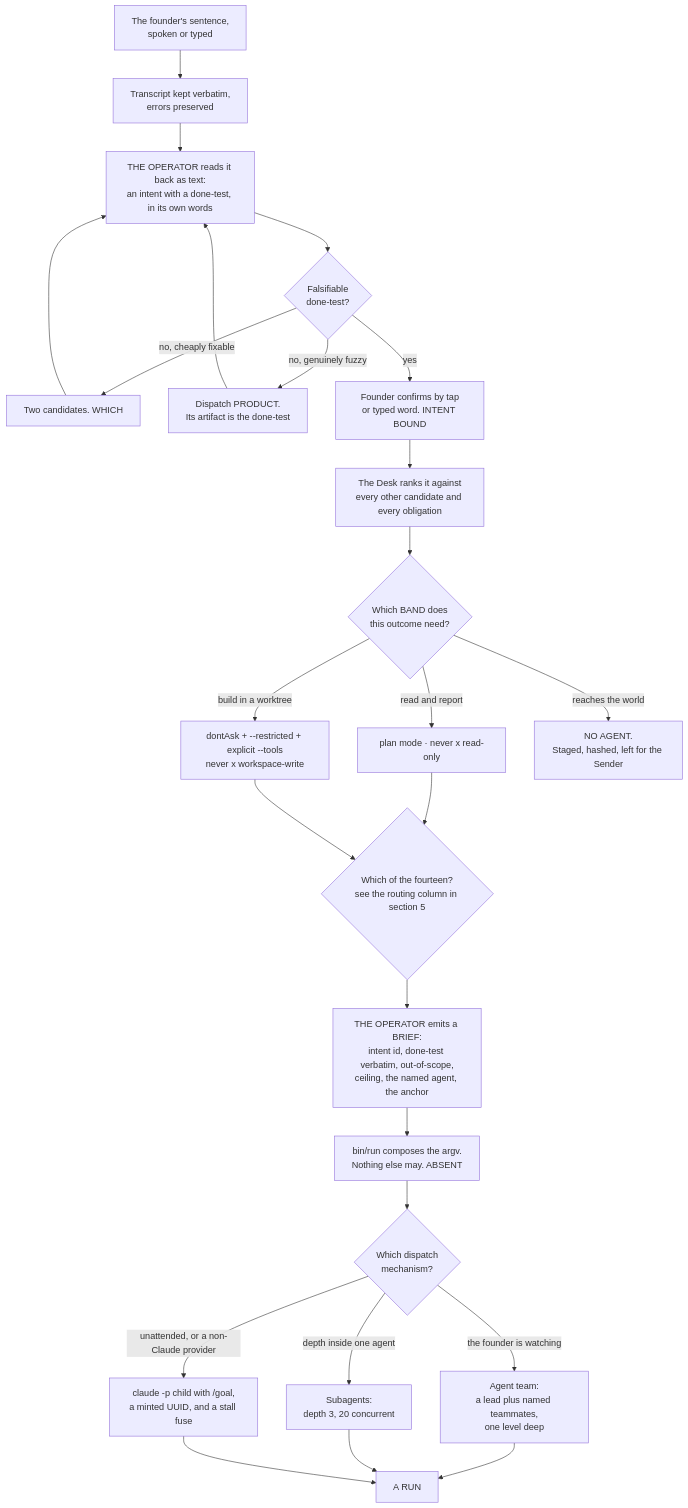
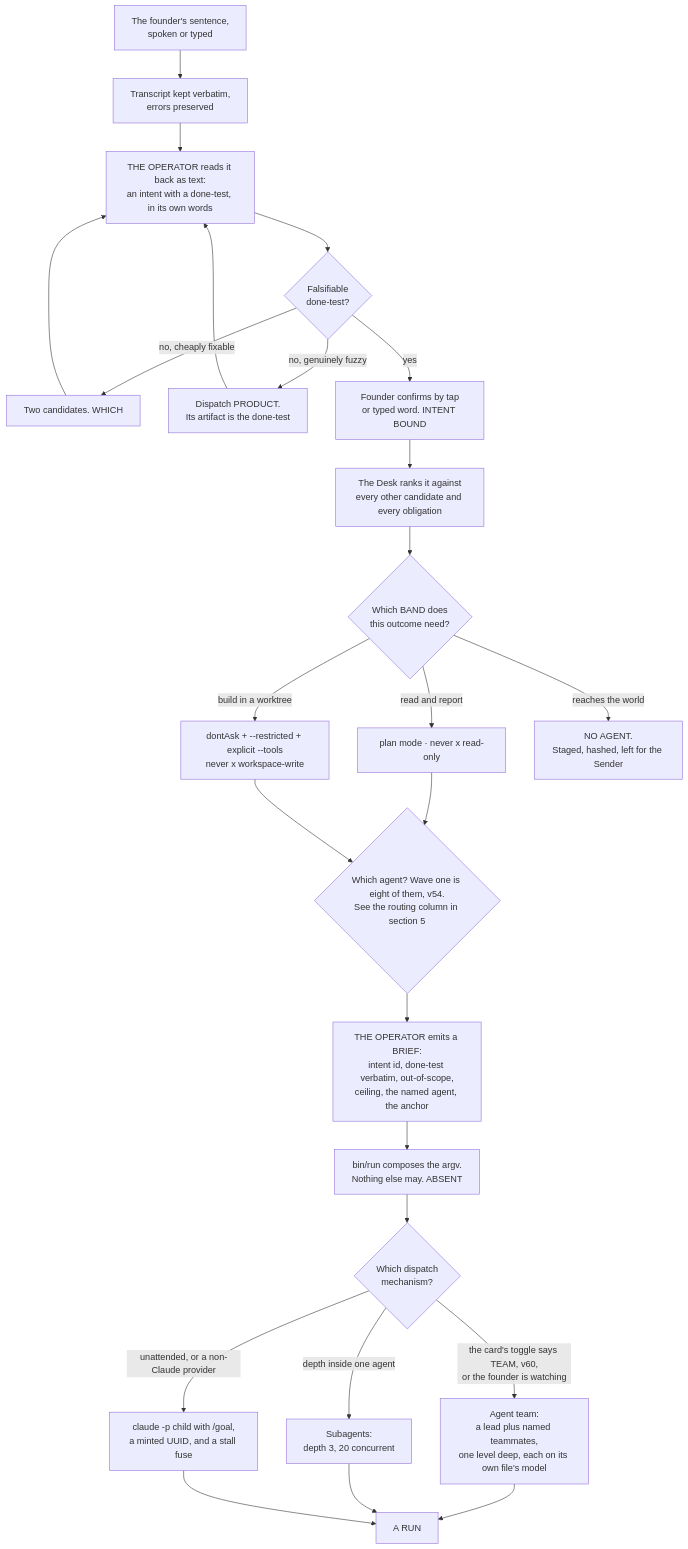
Before and after one commit to Adam077K/agentvibe: the second of 2 diagrams in docs/03-system-design/final-v2/parts/03-operator.md, drawn with Mermaid. The commit also changed other lines of this file and 10 other files, not shown here.

````diff
--- a/docs/03-system-design/final-v2/parts/03-operator.md
+++ b/docs/03-system-design/final-v2/parts/03-operator.md
@@ -166,30 +184,30 @@
 ```mermaid
 flowchart TD
     S["The founder's sentence,<br/>spoken or typed"] --> T["Transcript kept verbatim,<br/>errors preserved"]
     T --> RB["THE OPERATOR reads it back as text:<br/>an intent with a done-test, in its own words"]
     RB --> Q1{"Falsifiable<br/>done-test?"}
     Q1 -->|"no, cheaply fixable"| TWO["Two candidates. WHICH"]
     TWO --> RB
     Q1 -->|"no, genuinely fuzzy"| PRODUCT["Dispatch PRODUCT.<br/>Its artifact is the done-test"]
     PRODUCT --> RB
     Q1 -->|"yes"| CONF["Founder confirms by tap<br/>or typed word. INTENT BOUND"]
 
     CONF --> DESK["The Desk ranks it against<br/>every other candidate and every obligation"]
     DESK --> BAND{"Which BAND does<br/>this outcome need?"}
     BAND -->|"read and report"| B1["plan mode · never x read-only"]
     BAND -->|"build in a worktree"| B2["dontAsk + --restricted + explicit --tools<br/>never x workspace-write"]
     BAND -->|"reaches the world"| B3["NO AGENT.<br/>Staged, hashed, left for the Sender"]
 
     B1 --> PICK
     B2 --> PICK
-    PICK{"Which of the fourteen?<br/>see the routing column in section 5"}
+    PICK{"Which agent? Wave one is eight of them, v54.<br/>See the routing column in section 5"}
     PICK --> BRIEF["THE OPERATOR emits a BRIEF:<br/>intent id, done-test verbatim, out-of-scope,<br/>ceiling, the named agent, the anchor"]
     BRIEF --> LAUNCH["bin/run composes the argv.<br/>Nothing else may. ABSENT"]
     LAUNCH --> HOW{"Which dispatch<br/>mechanism?"}
-    HOW -->|"the founder is watching"| TEAM["Agent team:<br/>a lead plus named teammates,<br/>one level deep"]
+    HOW -->|"the card's toggle says TEAM, v60,<br/>or the founder is watching"| TEAM["Agent team:<br/>a lead plus named teammates,<br/>one level deep, each on its own file's model"]
     HOW -->|"depth inside one agent"| SUB["Subagents:<br/>depth 3, 20 concurrent"]
     HOW -->|"unattended, or a non-Claude provider"| PRINT["claude -p child with /goal,<br/>a minted UUID, and a stall fuse"]
     TEAM --> RUN["A RUN"]
     SUB --> RUN
     PRINT --> RUN
 ```
````
